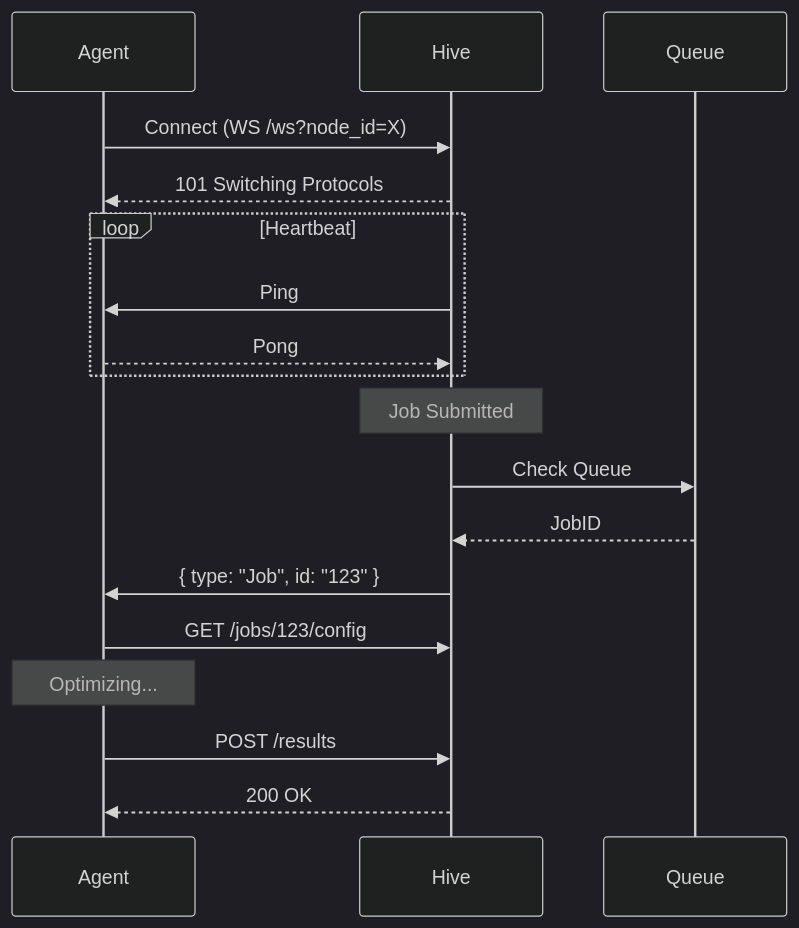
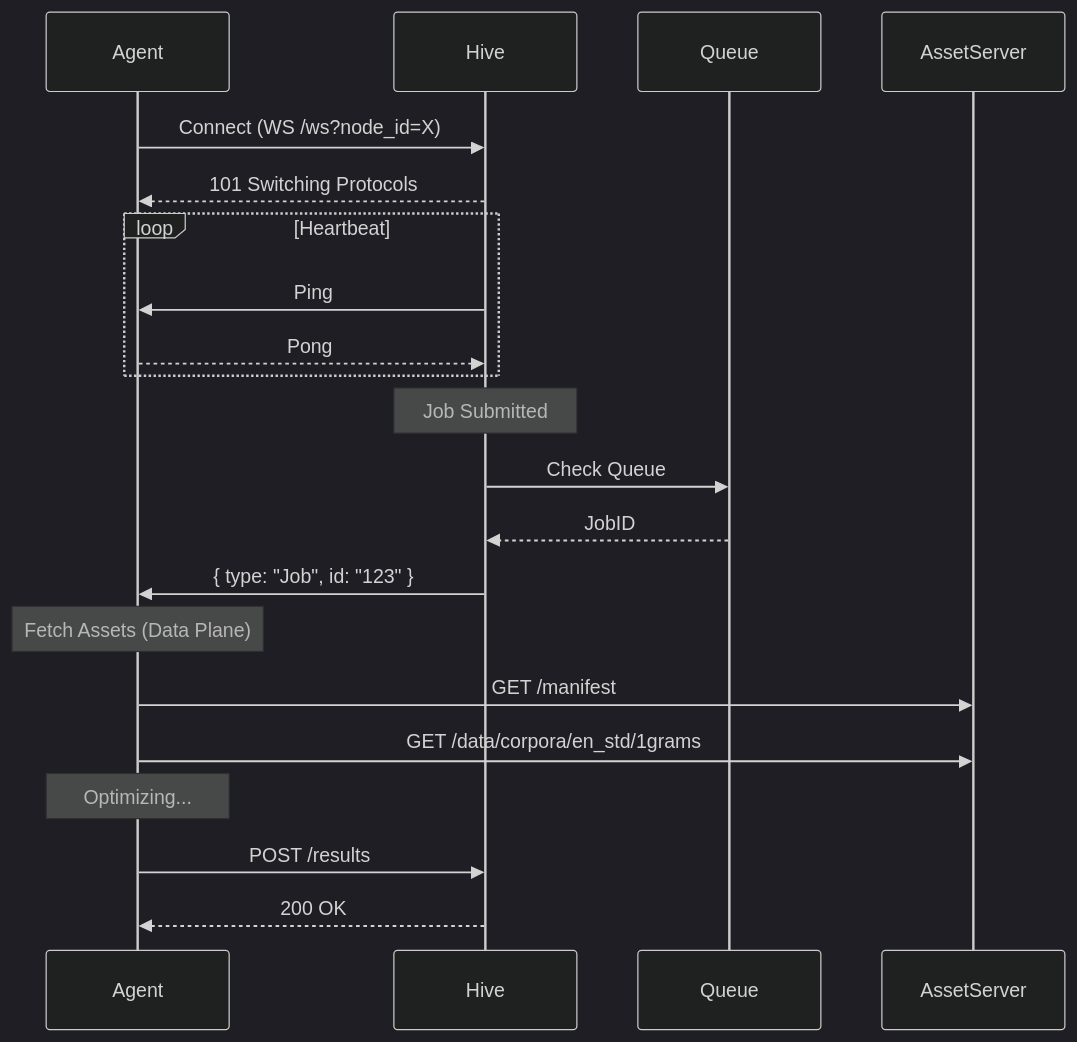
One commit to infodungeon/keyforge changed the second of 2 diagrams in docs/design/keyforge-hive/README.md. Above: the diagram before and after it, drawn with Mermaid (dark theme). The commit also changed other lines of this file and 49 other files, not shown here.

````diff
--- a/docs/design/keyforge-hive/README.md
+++ b/docs/design/keyforge-hive/README.md
@@ -31,27 +33,31 @@
 ```mermaid
 sequenceDiagram
     participant Agent
     participant Hive
     participant Queue
+    participant Assets as AssetServer
 
     Agent->>Hive: Connect (WS /ws?node_id=X)
     Hive-->>Agent: 101 Switching Protocols
     
     loop Heartbeat
         Hive->>Agent: Ping
         Agent-->>Hive: Pong
     end
     
     Note over Hive: Job Submitted
     
     Hive->>Queue: Check Queue
     Queue-->>Hive: JobID
     
     Hive->>Agent: { type: "Job", id: "123" }
-    Agent->>Hive: GET /jobs/123/config
+    
+    Note over Agent: Fetch Assets (Data Plane)
+    Agent->>Assets: GET /manifest
+    Agent->>Assets: GET /data/corpora/en_std/1grams
     
     Note over Agent: Optimizing...
     
     Agent->>Hive: POST /results
     Hive-->>Agent: 200 OK
 ```
````
